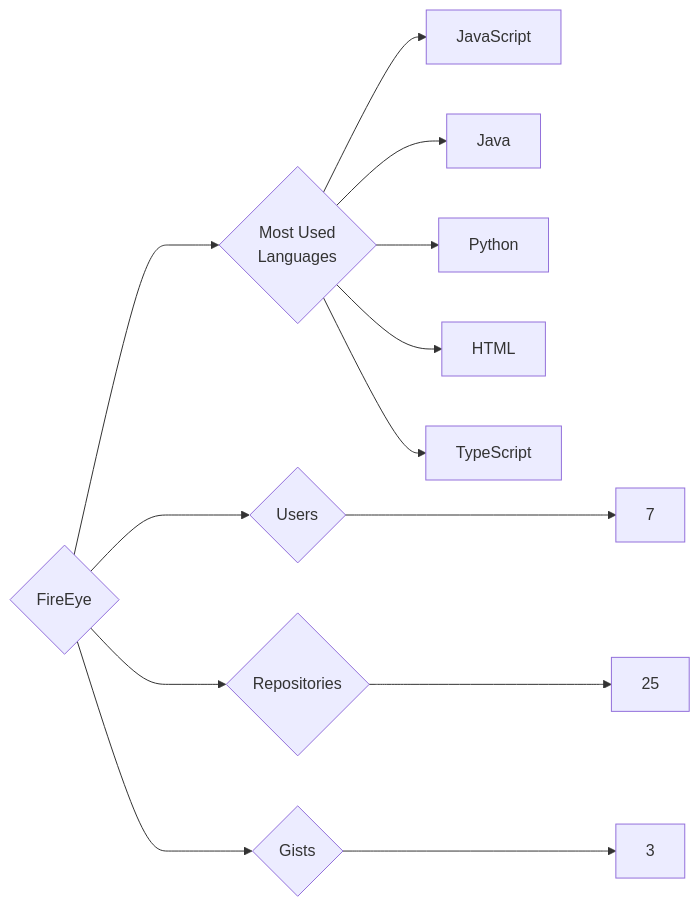
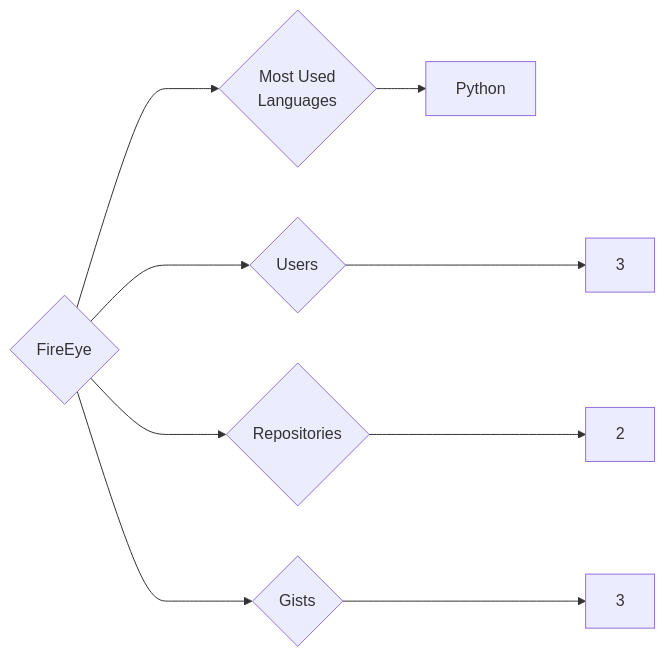
The diagram in targets/FireEye/README.md (trickest/insiders), drawn with Mermaid before and after one commit. The commit also changed 985 other files, not shown here.

````diff
--- a/targets/FireEye/README.md
+++ b/targets/FireEye/README.md
@@ -3,13 +3,9 @@
 ```mermaid
 graph LR
 COMPANY_NAME{FireEye}
-COMPANY_NAME ---> U{Users} ---> UN[7]
-COMPANY_NAME ---> R{Repositories} ---> RN[25]
+COMPANY_NAME ---> U{Users} ---> UN[3]
+COMPANY_NAME ---> R{Repositories} ---> RN[2]
 COMPANY_NAME ---> G{Gists} ---> GN[3]
 COMPANY_NAME ---> ML{Most Used<br>Languages}
-ML --> JavaScript[JavaScript]
-ML --> Java[Java]
 ML --> Python[Python]
-ML --> HTML[HTML]
-ML --> TypeScript[TypeScript]
 ```
````
